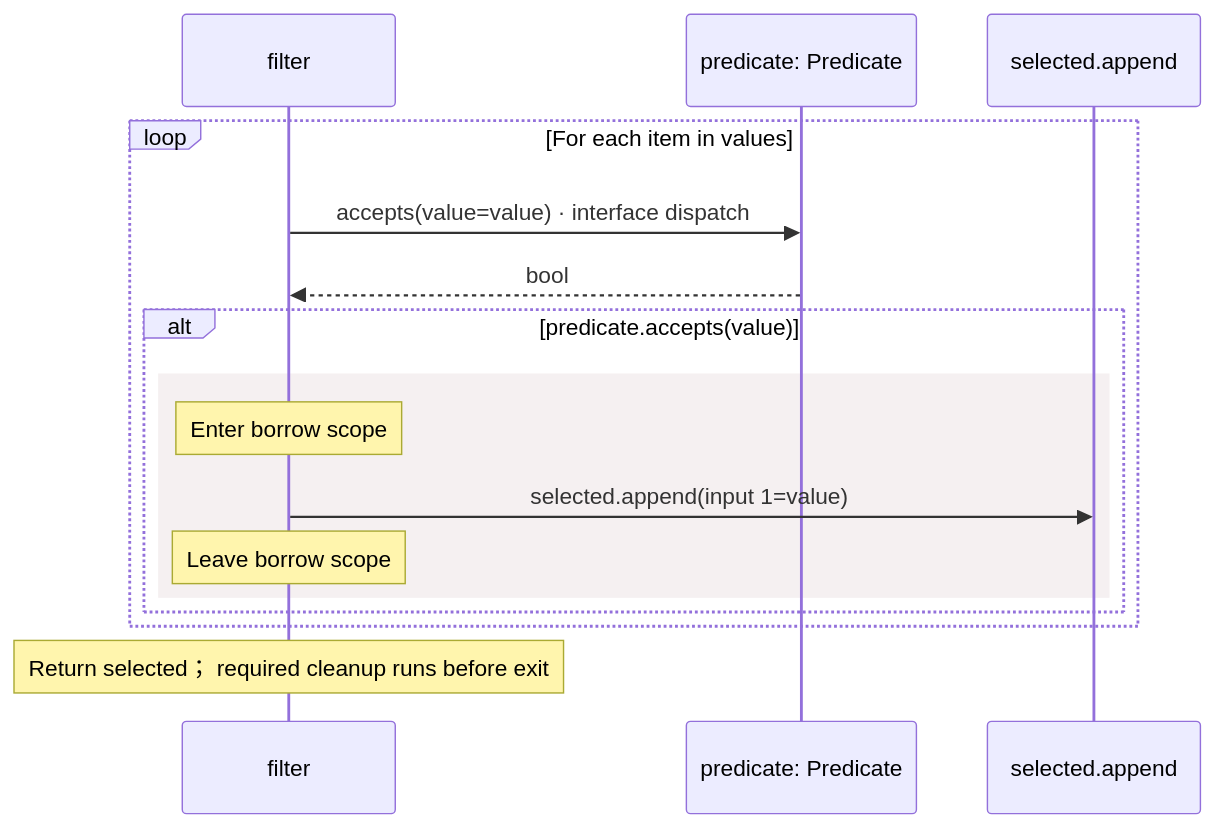
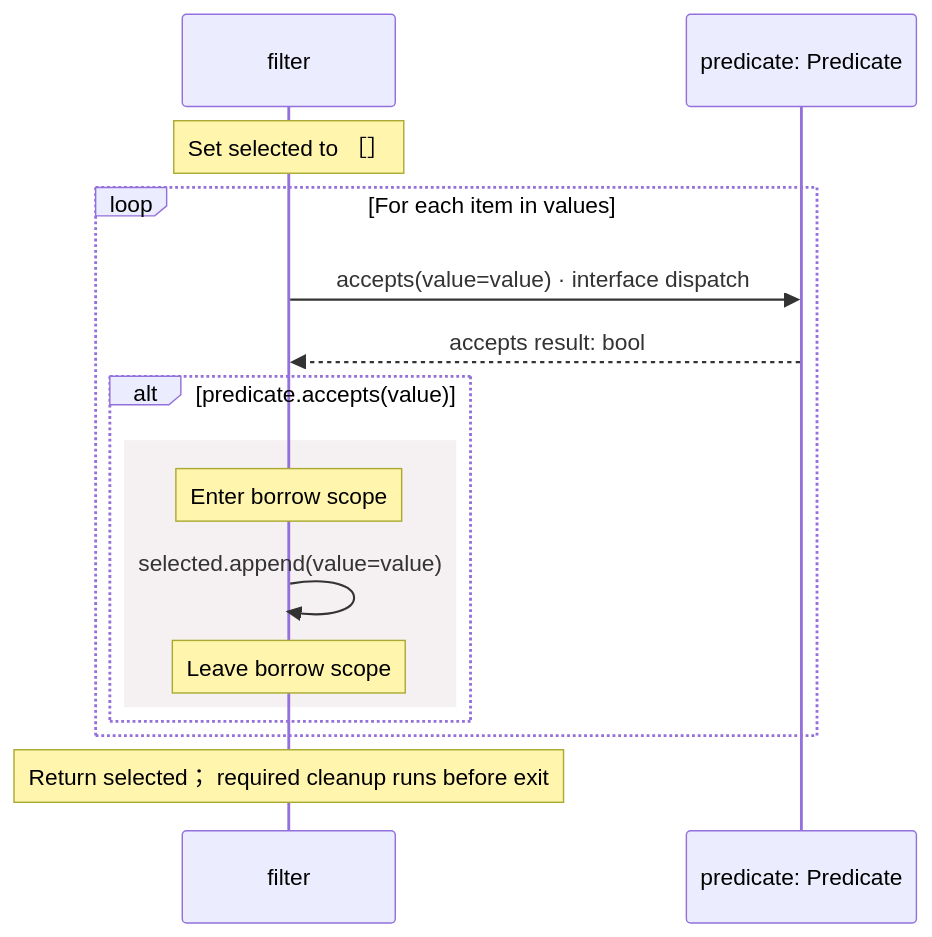
Before and after one commit to GreenPandaStudios/augscript: diagram 11 of 21 in src/stdlib/collections/operations.aug.diagrams.md, drawn with Mermaid. The commit also changed other lines of this file and 304 other files, not shown here.

Commit message:
Make generated data-flow sequences concise and review every diagram

````diff
--- a/src/stdlib/collections/operations.aug.diagrams.md
+++ b/src/stdlib/collections/operations.aug.diagrams.md
@@ -112,18 +142,18 @@
 ```mermaid
 sequenceDiagram
     participant p0 as filter
     participant p1 as predicate: Predicate
-    participant p2 as selected.append
+    Note over p0: Set selected to ［］
     loop For each item in values
     p0->>p1: accepts(value=value) · interface dispatch
-    p1-->>p0: bool
+    p1-->>p0: accepts result: bool
     alt predicate.accepts(value)
     rect rgb(245, 240, 241)
     Note over p0: Enter borrow scope
-    p0->>p2: selected.append(input 1=value)
+    p0->>p0: selected.append(value=value)
     Note over p0: Leave borrow scope
     end
     end
     end
     Note over p0: Return selected； required cleanup runs before exit
 ```
````
